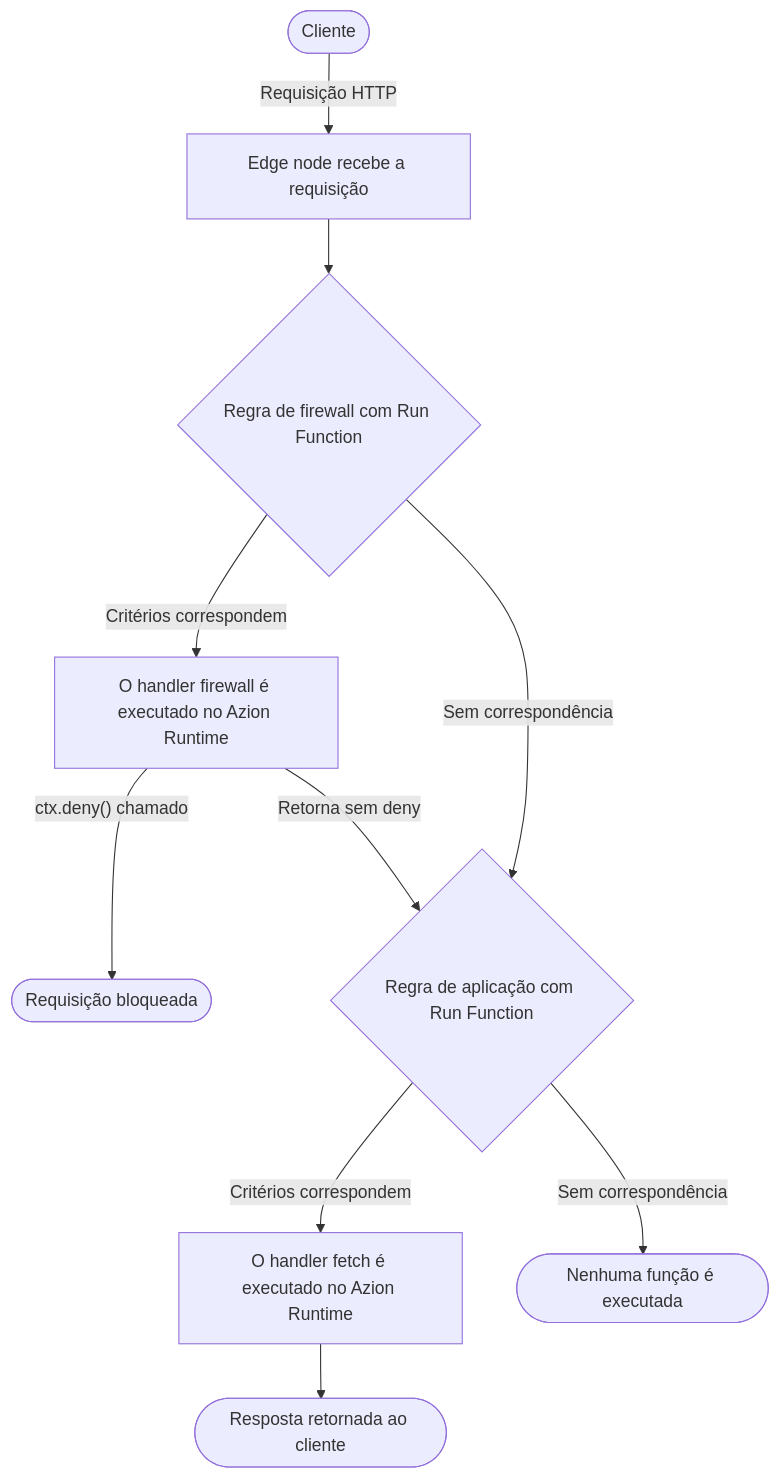
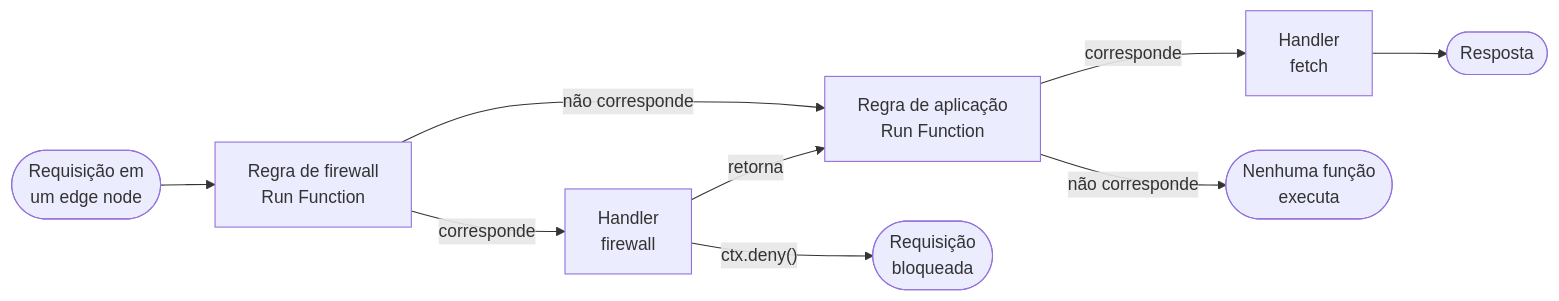
One commit to souzavinny/azion-docs changed the first of 2 diagrams in src/content/docs/pt-br/pages/menu-principal/referencia/build/edge-application/functions-how-it-works.mdx. Above: the diagram before and after it, drawn with Mermaid. The commit also changed other lines of this file and 4 other files, not shown here.

Commit message:
fix(functions): mermaid small adjustments

````diff
--- a/src/content/docs/pt-br/pages/menu-principal/referencia/build/edge-application/functions-how-it-works.mdx
+++ b/src/content/docs/pt-br/pages/menu-principal/referencia/build/edge-application/functions-how-it-works.mdx
@@ -22,12 +22,11 @@
 ```mermaid
-flowchart TD
-  Client([Cliente]) -->|Requisição HTTP| Node[Edge node recebe a requisição]
-  Node --> FwRule{Regra de firewall com Run Function}
-  FwRule -->|Critérios correspondem| FwHandler[O handler firewall é executado no Azion Runtime]
-  FwHandler -->|"ctx.deny() chamado"| Blocked([Requisição bloqueada])
-  FwHandler -->|Retorna sem deny| AppRule{Regra de aplicação com Run Function}
-  FwRule -->|Sem correspondência| AppRule
-  AppRule -->|Critérios correspondem| Fetch[O handler fetch é executado no Azion Runtime]
-  AppRule -->|Sem correspondência| NoFn([Nenhuma função é executada])
-  Fetch --> Response([Resposta retornada ao cliente])
+flowchart LR
+  Req(["Requisição em<br/>um edge node"]) --> FwRule["Regra de firewall<br/>Run Function"]
+  FwRule -->|corresponde| FwHandler["Handler<br/>firewall"]
+  FwRule -->|não corresponde| AppRule
+  FwHandler -->|"ctx.deny()"| Blocked(["Requisição<br/>bloqueada"])
+  FwHandler -->|retorna| AppRule["Regra de aplicação<br/>Run Function"]
+  AppRule -->|corresponde| Fetch["Handler<br/>fetch"]
+  AppRule -->|não corresponde| NoFn(["Nenhuma função<br/>executa"])
+  Fetch --> Res(["Resposta"])
 ```
````
